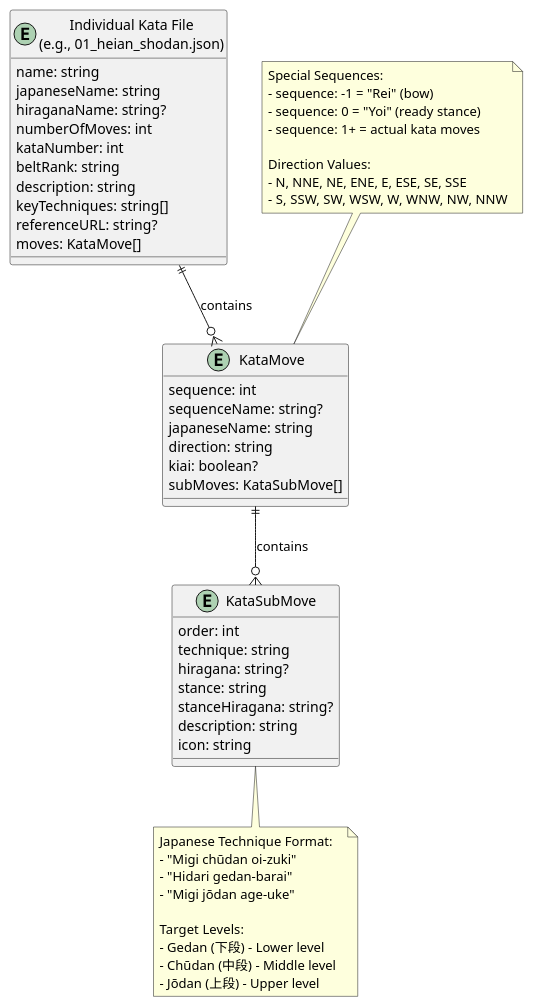
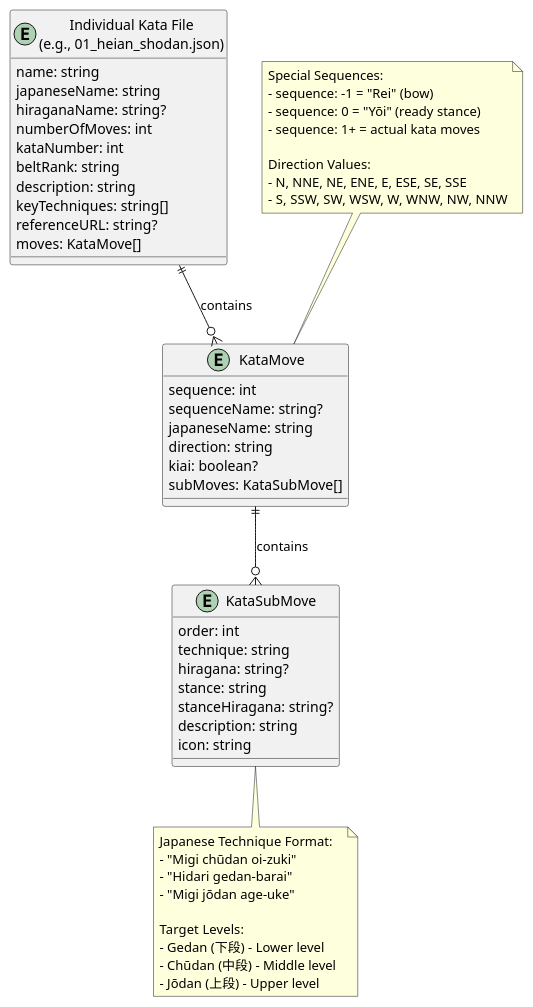
The second of 2 diagrams in .github/copilot-instructions.md (jenslohmann/ShotokanKata), drawn with PlantUML before and after one commit. The commit also changed 10 other files, not shown here.

Commit message:
Yoi -> yōi

````diff
--- a/.github/copilot-instructions.md
+++ b/.github/copilot-instructions.md
@@ -144,65 +144,65 @@
 ```plantuml
 @startuml Kata JSON File Format
 ENTITY individual_kata as "Individual Kata File\n(e.g., 01_heian_shodan.json)" {
   name: string
   japaneseName: string
   hiraganaName: string?
   numberOfMoves: int
   kataNumber: int
   beltRank: string
   description: string
   keyTechniques: string[]
   referenceURL: string?
   moves: KataMove[]
 }
 
 ENTITY KataMove {
   sequence: int
   sequenceName: string?
   japaneseName: string
   direction: string
   kiai: boolean?
   subMoves: KataSubMove[]
 }
 
 ENTITY KataSubMove {
   order: int
   technique: string
   hiragana: string?
   stance: string
   stanceHiragana: string?
   description: string
   icon: string
 }
 
 ' Relationships
 individual_kata ||--o{ KataMove : contains
 KataMove ||--o{ KataSubMove : contains
 
 ' Data validation notes
 note bottom of KataSubMove
   Japanese Technique Format:
   - "Migi chūdan oi-zuki"
   - "Hidari gedan-barai" 
   - "Migi jōdan age-uke"
   
   Target Levels:
   - Gedan (下段) - Lower level
   - Chūdan (中段) - Middle level  
   - Jōdan (上段) - Upper level
 end note
 
 ' Special sequences
 note top of KataMove
   Special Sequences:
   - sequence: -1 = "Rei" (bow)
-  - sequence: 0 = "Yoi" (ready stance)
+  - sequence: 0 = "Yōi" (ready stance)
   - sequence: 1+ = actual kata moves
   
   Direction Values:
   - N, NNE, NE, ENE, E, ESE, SE, SSE
   - S, SSW, SW, WSW, W, WNW, NW, NNW
 end note
 
 @enduml
 ```
````
